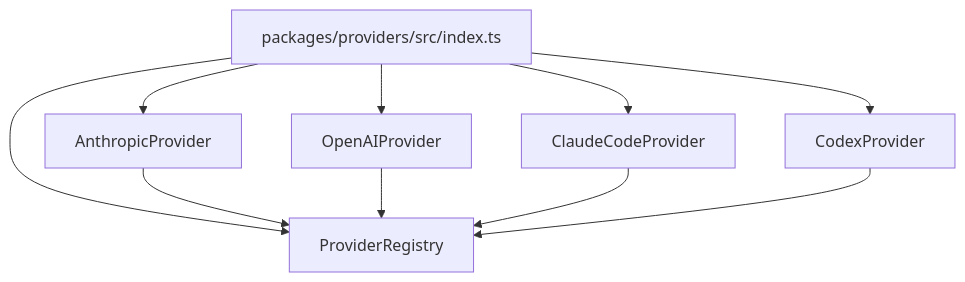
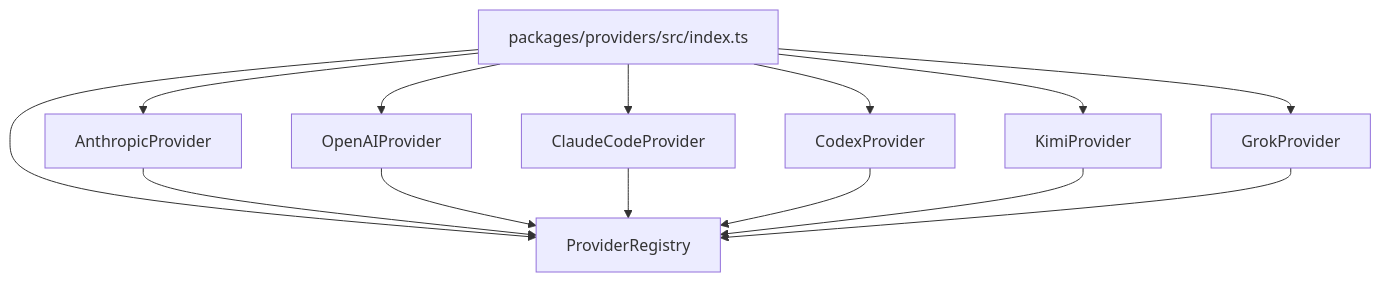
The first of 2 diagrams in docs/providers.md (ipo/ccflare), drawn with Mermaid before and after one commit. The commit also changed other lines of this file and 63 other files, not shown here.

Commit message:
feat(grok): add native Grok Build provider (#22)

````diff
--- a/docs/providers.md
+++ b/docs/providers.md
@@ -30,19 +31,25 @@
 ```mermaid
 graph TD
     INDEX[packages/providers/src/index.ts]
     REGISTRY[ProviderRegistry]
     P1[AnthropicProvider]
     P2[OpenAIProvider]
     P3[ClaudeCodeProvider]
     P4[CodexProvider]
+    P5[KimiProvider]
+    P6[GrokProvider]
 
     INDEX --> REGISTRY
     INDEX --> P1
     INDEX --> P2
     INDEX --> P3
     INDEX --> P4
+    INDEX --> P5
+    INDEX --> P6
     P1 --> REGISTRY
     P2 --> REGISTRY
     P3 --> REGISTRY
     P4 --> REGISTRY
+    P5 --> REGISTRY
+    P6 --> REGISTRY
 ```
````
